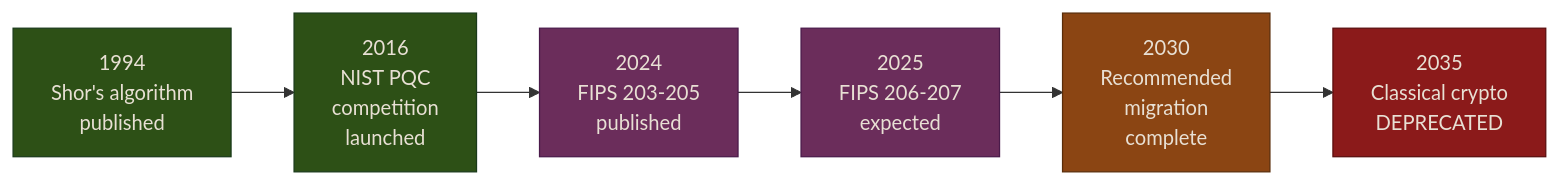
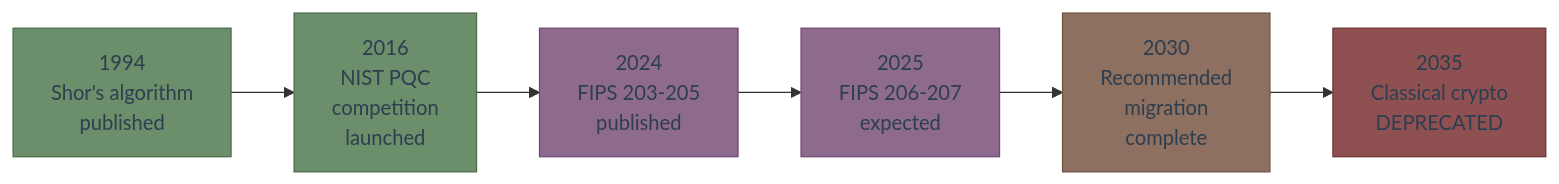
Before and after one commit to MichaelTien8901/pqc-engineering-guide: the third of 3 diagrams in 01-why-pqc.md, drawn with Mermaid. The commit also changed other lines of this file and 8 other files, not shown here.

First line of the commit message:
Fix Mermaid paper-like styling matching reference project

````diff
--- a/01-why-pqc.md
+++ b/01-why-pqc.md
@@ -79,18 +79,18 @@
 ```mermaid
 flowchart LR
     S1[1994<br/>Shor's algorithm<br/>published] --> S2[2016<br/>NIST PQC<br/>competition<br/>launched]
     S2 --> S3[2024<br/>FIPS 203-205<br/>published]
     S3 --> S4[2025<br/>FIPS 206-207<br/>expected]
     S4 --> S5[2030<br/>Recommended<br/>migration<br/>complete]
     S5 --> S6[2035<br/>Classical crypto<br/>DEPRECATED]
 
-    classDef past fill:#2d5016,stroke:#1a3a1a,color:#e8e0d4
-    classDef now fill:#6b2d5b,stroke:#4a1a4a,color:#e8e0d4
-    classDef future fill:#8b4513,stroke:#5a2d0a,color:#e8e0d4
-    classDef deadline fill:#8b1a1a,stroke:#5a0d0d,color:#e8e0d4
+    classDef past fill:#6b8e6b,stroke:#4a6a4a,color:#2c3e50
+    classDef now fill:#8e6b8e,stroke:#6e4a6e,color:#2c3e50
+    classDef future fill:#8e7060,stroke:#6e5040,color:#2c3e50
+    classDef deadline fill:#8e5050,stroke:#6e3030,color:#2c3e50
 
     class S1,S2 past
     class S3,S4 now
     class S5 future
     class S6 deadline
 ```
````
